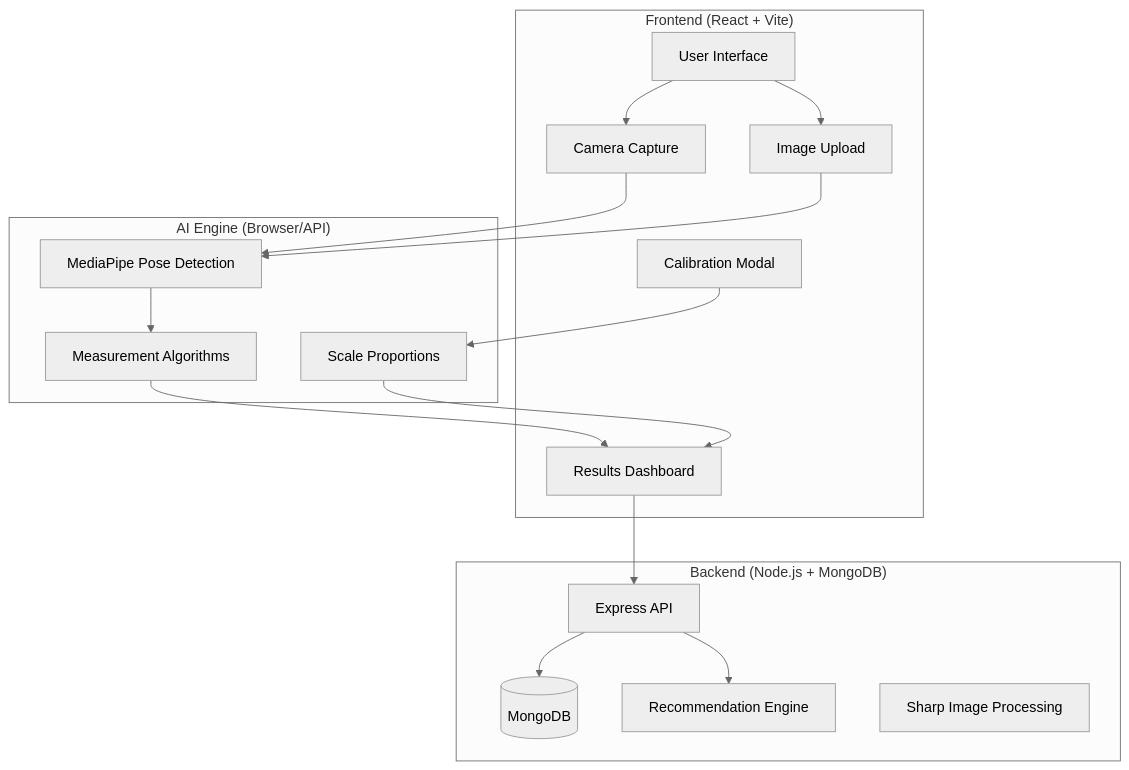
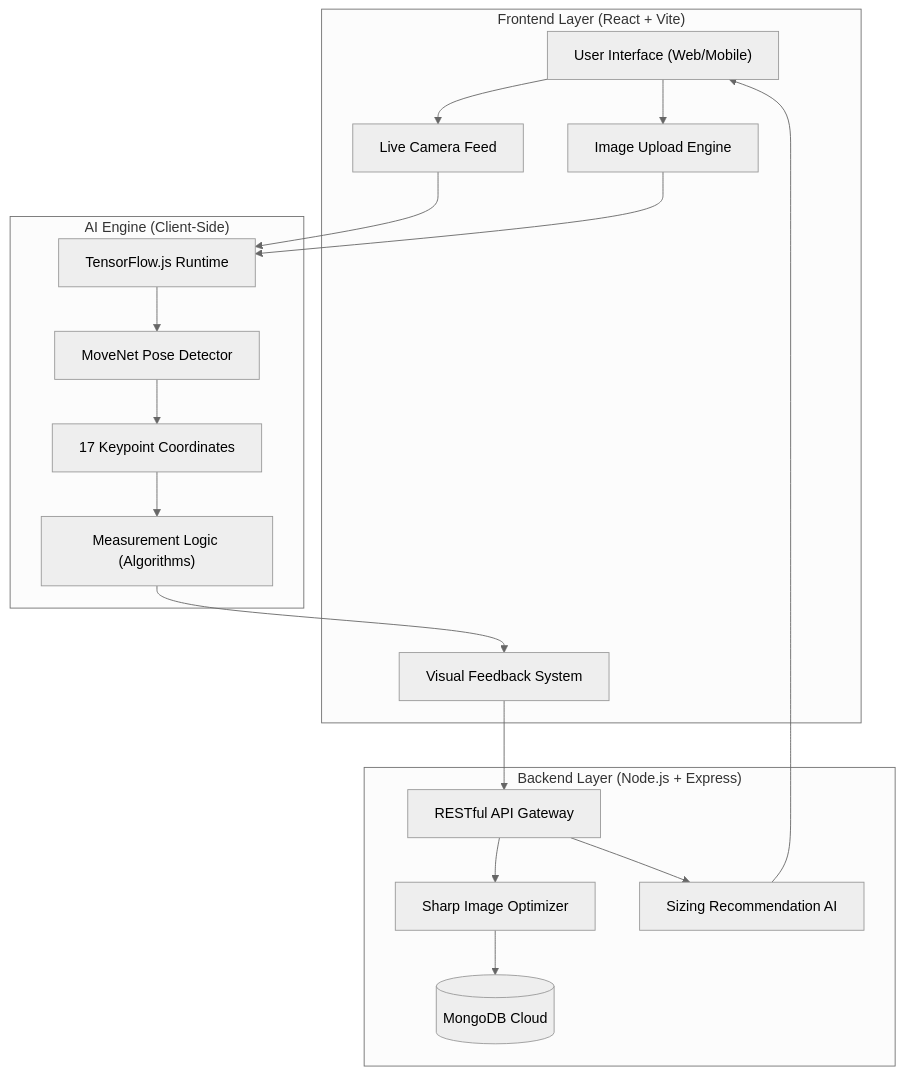
The first of 2 diagrams in README.md (quantumNexus0/AI_Body_Measurement_System_for_Fashion_Technology), drawn with Mermaid (neutral theme) before and after one commit. The commit also changed other lines of this file and 1 other file, not shown here.

Commit message:
docs: improve README flow and tech stack, add Hinglish explanation

````diff
--- a/README.md
+++ b/README.md
@@ -28,34 +32,32 @@
 ```mermaid
 graph TD
-    subgraph "Frontend (React + Vite)"
-        UI["User Interface"]
-        CAM["Camera Capture"]
-        UP["Image Upload"]
-        CAL["Calibration Modal"]
-        RES["Results Dashboard"]
+    subgraph "Frontend Layer (React + Vite)"
+        UI["User Interface (Web/Mobile)"]
+        CAM["Live Camera Feed"]
+        UP["Image Upload Engine"]
+        VIS["Visual Feedback System"]
     end
 
-    subgraph "AI Engine (Browser/API)"
-        POSE["MediaPipe Pose Detection"]
-        MATH["Measurement Algorithms"]
-        SCALE["Scale Proportions"]
+    subgraph "AI Engine (Client-Side)"
+        TF["TensorFlow.js Runtime"]
+        MOVE["MoveNet Pose Detector"]
+        KPs["17 Keypoint Coordinates"]
+        ALGO["Measurement Logic (Algorithms)"]
     end
 
-    subgraph "Backend (Node.js + MongoDB)"
-        API["Express API"]
-        DB[(MongoDB)]
-        RECO["Recommendation Engine"]
-        IMG["Sharp Image Processing"]
+    subgraph "Backend Layer (Node.js + Express)"
+        API["RESTful API Gateway"]
+        SHARP["Sharp Image Optimizer"]
+        RECO["Sizing Recommendation AI"]
+        DB[(MongoDB Cloud)]
     end
 
-    UI --> CAM
-    UI --> UP
-    CAM --> POSE
-    UP --> POSE
-    POSE --> MATH
-    CAL --> SCALE
-    MATH & SCALE --> RES
-    RES --> API
-    API --> DB
-    API --> RECO
+    UI --> CAM & UP
+    CAM & UP --> TF
+    TF --> MOVE --> KPs
+    KPs --> ALGO
+    ALGO --> VIS
+    VIS --> API
+    API --> SHARP --> DB
+    API --> RECO --> UI
 ```
````
